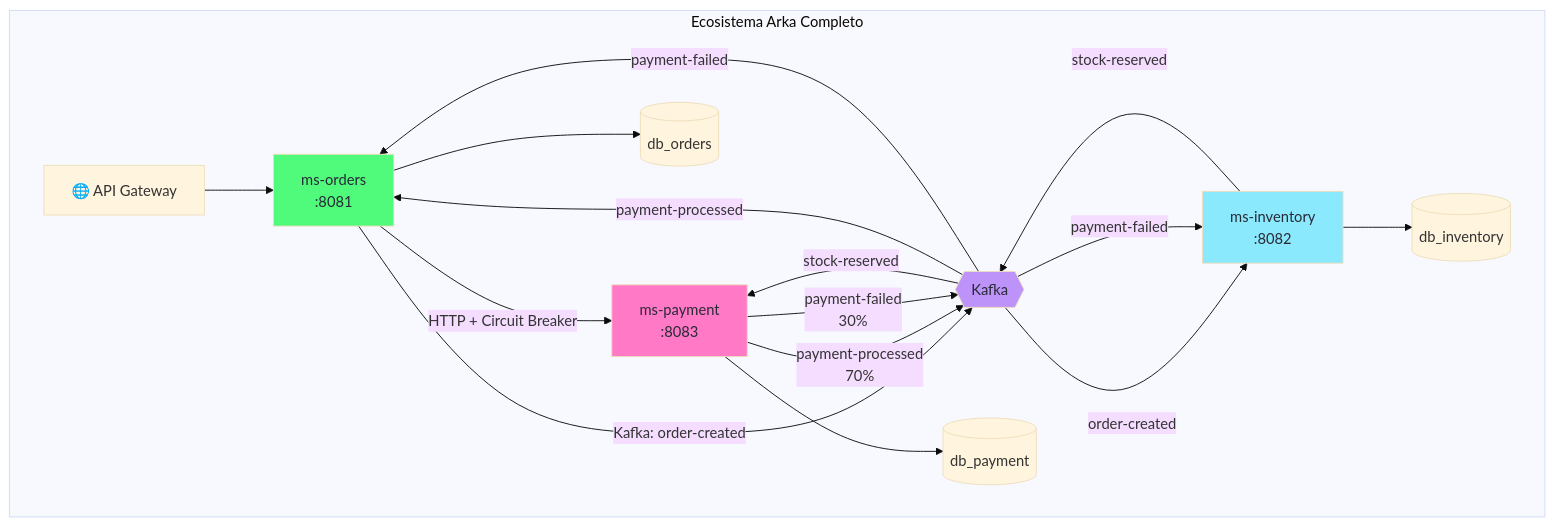
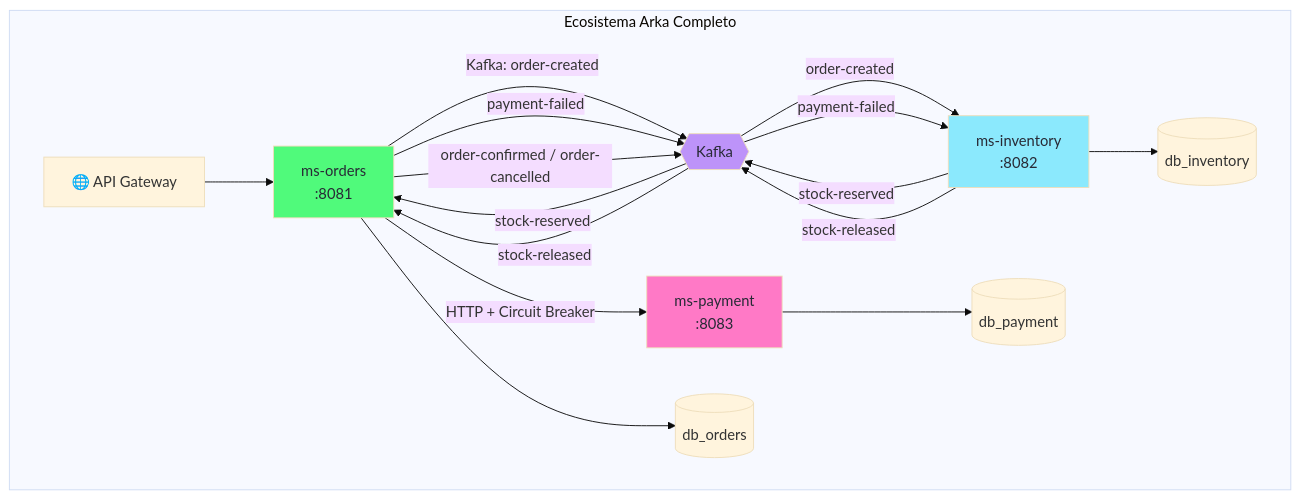
One commit to ManuLasker/enyoi_java_slides changed the second of 2 diagrams in lab_2_arka_microservicios_reactivos/docs/modulos/08-ms-payment-implementacion.md. Above: the diagram before and after it, drawn with Mermaid (base theme). The commit also changed other lines of this file and 2 other files, not shown here.

````diff
--- a/lab_2_arka_microservicios_reactivos/docs/modulos/08-ms-payment-implementacion.md
+++ b/lab_2_arka_microservicios_reactivos/docs/modulos/08-ms-payment-implementacion.md
@@ -647,25 +431,25 @@
 ```mermaid
 flowchart TB
     subgraph "Ecosistema Arka Completo"
         APIGW[🌐 API Gateway] --> O[ms-orders<br>:8081]
         O -->|HTTP + Circuit Breaker| P[ms-payment<br>:8083]
         O -->|Kafka: order-created| K{{Kafka}}
         K -->|order-created| I[ms-inventory<br>:8082]
         I -->|stock-reserved| K
-        K -->|stock-reserved| P
-        P -->|payment-processed<br>70%| K
-        P -->|payment-failed<br>30%| K
-        K -->|payment-processed| O
-        K -->|payment-failed| O
+        K -->|stock-reserved| O
+        O -->|payment-failed| K
         K -->|payment-failed| I
+      I -->|stock-released| K
+      K -->|stock-released| O
+      O -->|order-confirmed / order-cancelled| K
 
         O --> DB1[(db_orders)]
         I --> DB2[(db_inventory)]
         P --> DB3[(db_payment)]
     end
 
     style O fill:#50fa7b,color:#282a36
     style I fill:#8be9fd,color:#282a36
     style P fill:#ff79c6,color:#282a36
     style K fill:#bd93f9,color:#282a36
 ```
````
